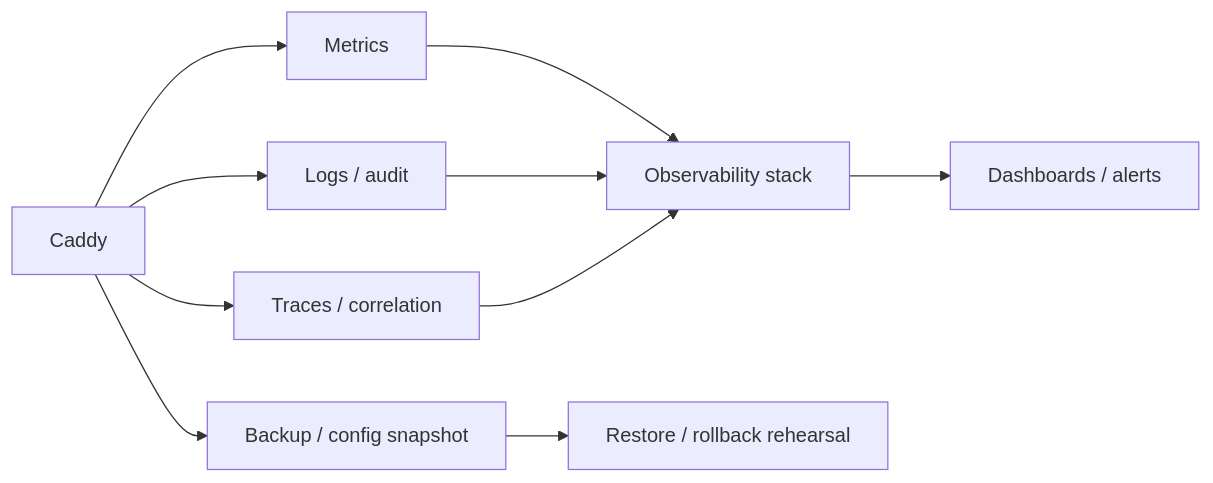
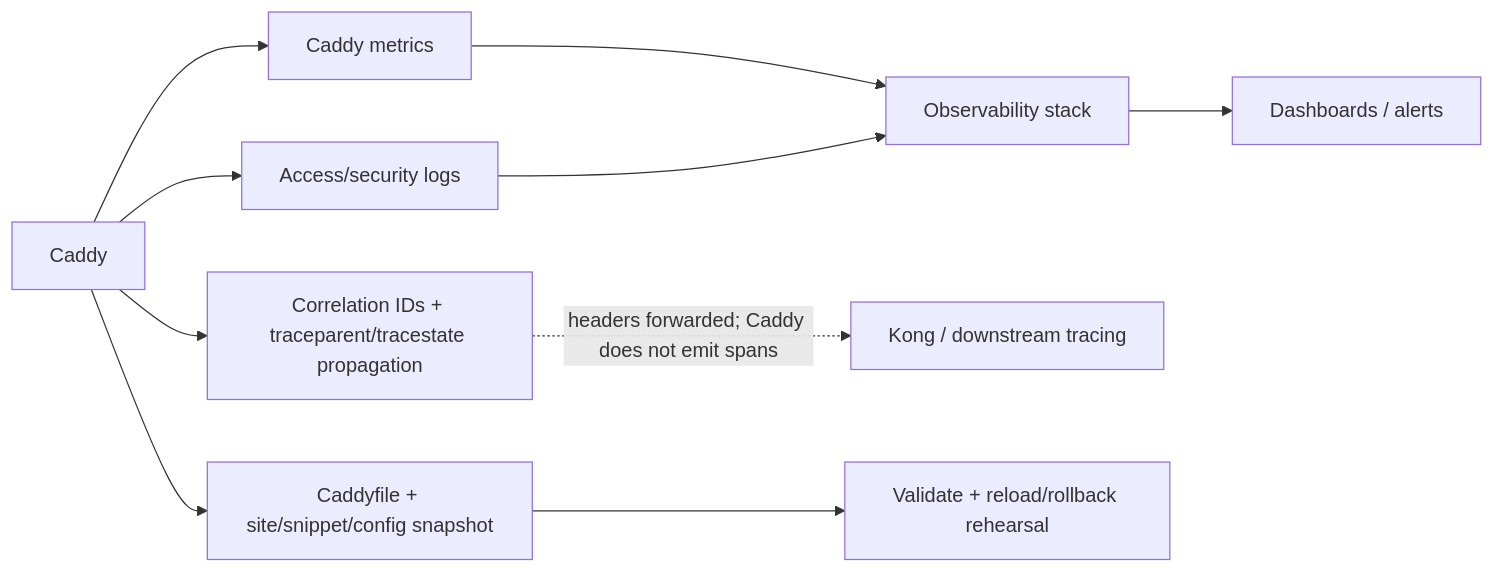
Before and after one commit to appolon1908/Caddy: the fifth of 5 diagrams in docs/ARCHITECTURE-CHARTS.md, drawn with Mermaid. The commit also changed other lines of this file, not shown here.

Commit message:
docs: align Caddy charts with edge authority

````diff
--- a/docs/ARCHITECTURE-CHARTS.md
+++ b/docs/ARCHITECTURE-CHARTS.md
@@ -61,12 +63,12 @@
 ```mermaid
 flowchart LR
- R["Caddy"] --> M["Metrics"]
- R --> L["Logs / audit"]
- R --> T["Traces / correlation"]
+ R["Caddy"] --> M["Caddy metrics"]
+ R --> L["Access/security logs"]
+ R --> C["Correlation IDs + traceparent/tracestate propagation"]
  M --> O["Observability stack"]
  L --> O
- T --> O
+ C -. "headers forwarded; Caddy does not emit spans" .-> K["Kong / downstream tracing"]
  O --> A["Dashboards / alerts"]
- R --> B["Backup / config snapshot"]
- B --> RR["Restore / rollback rehearsal"]
+ R --> B["Caddyfile + site/snippet/config snapshot"]
+ B --> RR["Validate + reload/rollback rehearsal"]
 ```
````
